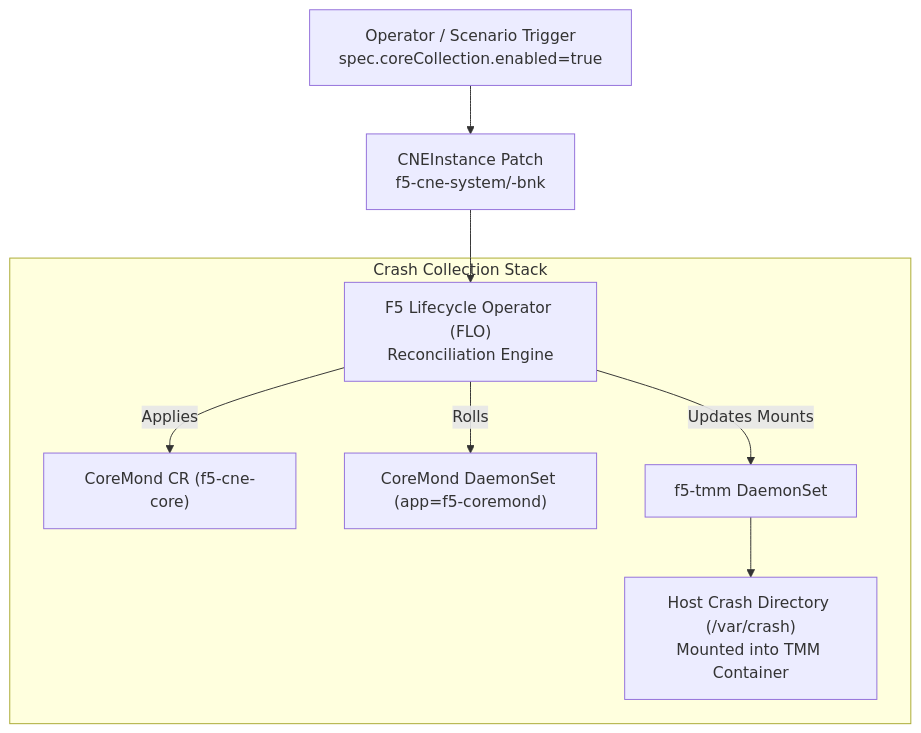
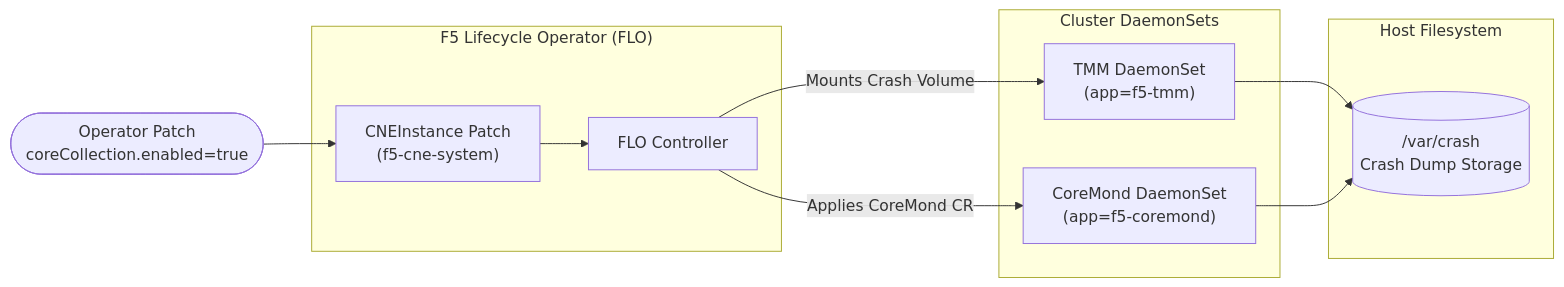
Before and after one commit to JLCode-tech/awsbnkctl: diagram 15 of 20 in docs/SCENARIOS.md, drawn with Mermaid. The commit also changed other lines of this file and 2 other files, not shown here.

Commit message:
docs: modernize diagrams and remove sales jargon

````diff
--- a/docs/SCENARIOS.md
+++ b/docs/SCENARIOS.md
@@ -395,12 +457,22 @@
 ```mermaid
-flowchart TD
-    Operator["Operator / Scenario Trigger<br/>spec.coreCollection.enabled=true"] --> CNE["CNEInstance Patch<br/>f5-cne-system/<cluster>-bnk"]
-    CNE --> FLO["F5 Lifecycle Operator (FLO)<br/>Reconciliation Engine"]
-    
-    subgraph CrashInfra["Crash Collection Stack"]
-        FLO -->|Applies| CoreCR["CoreMond CR (f5-cne-core)"]
-        FLO -->|Rolls| CoreDS["CoreMond DaemonSet (app=f5-coremond)"]
-        FLO -->|Updates Mounts| TMM_DS["f5-tmm DaemonSet"]
-        TMM_DS --> HostCrash["Host Crash Directory (/var/crash)<br/>Mounted into TMM Container"]
+flowchart LR
+    Trigger([Operator Patch<br/>coreCollection.enabled=true]) --> CNE["CNEInstance Patch<br/>(f5-cne-system)"]
+
+    subgraph Reconcile["F5 Lifecycle Operator (FLO)"]
+        FLO["FLO Controller"]
+        CNE --> FLO
+    end
+
+    subgraph DaemonSets["Cluster DaemonSets"]
+        CoreDS["CoreMond DaemonSet<br/>(app=f5-coremond)"]
+        TMM_DS["TMM DaemonSet<br/>(app=f5-tmm)"]
+        FLO -->|Applies CoreMond CR| CoreDS
+        FLO -->|Mounts Crash Volume| TMM_DS
+    end
+
+    subgraph Storage["Host Filesystem"]
+        CrashDir[("/var/crash<br/>Crash Dump Storage")]
+        TMM_DS --> CrashDir
+        CoreDS --> CrashDir
     end
 ```
````
